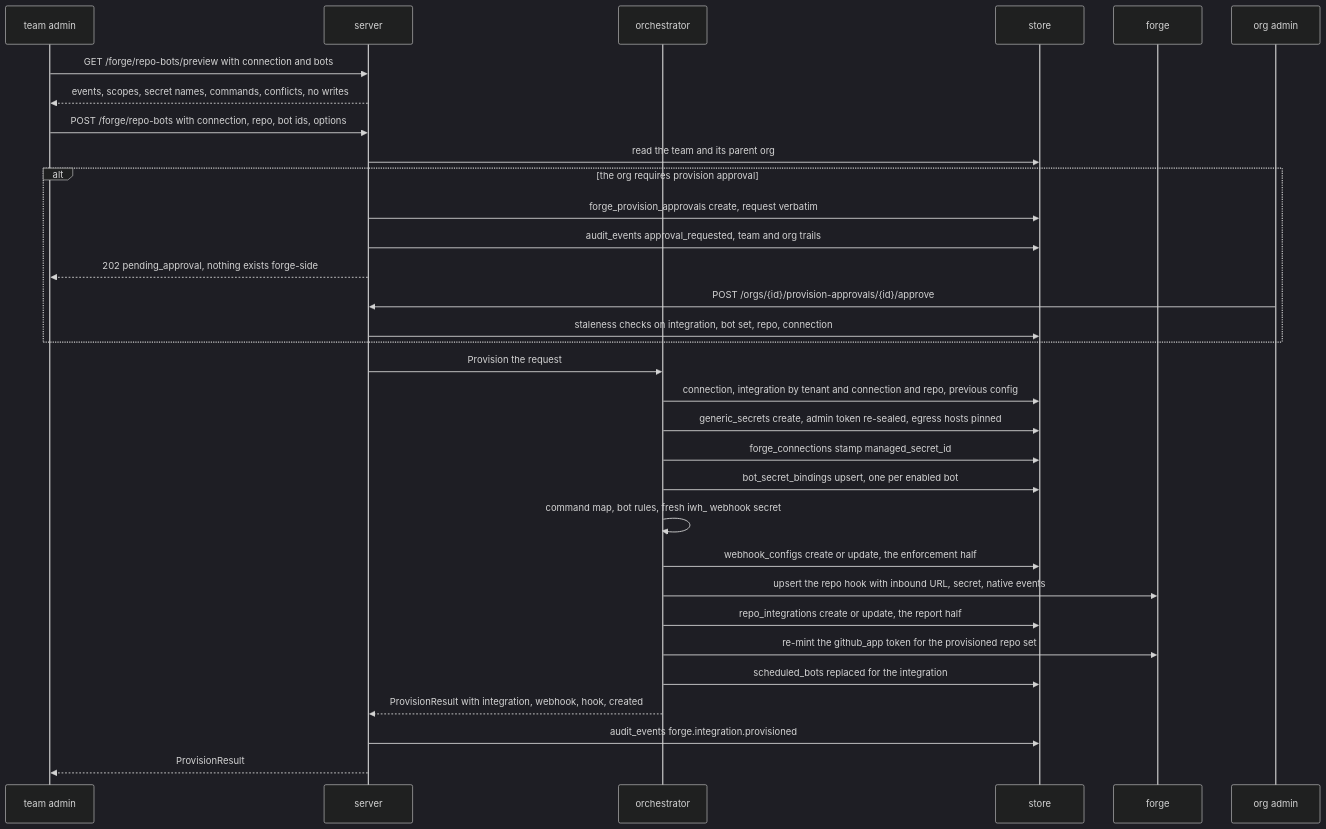
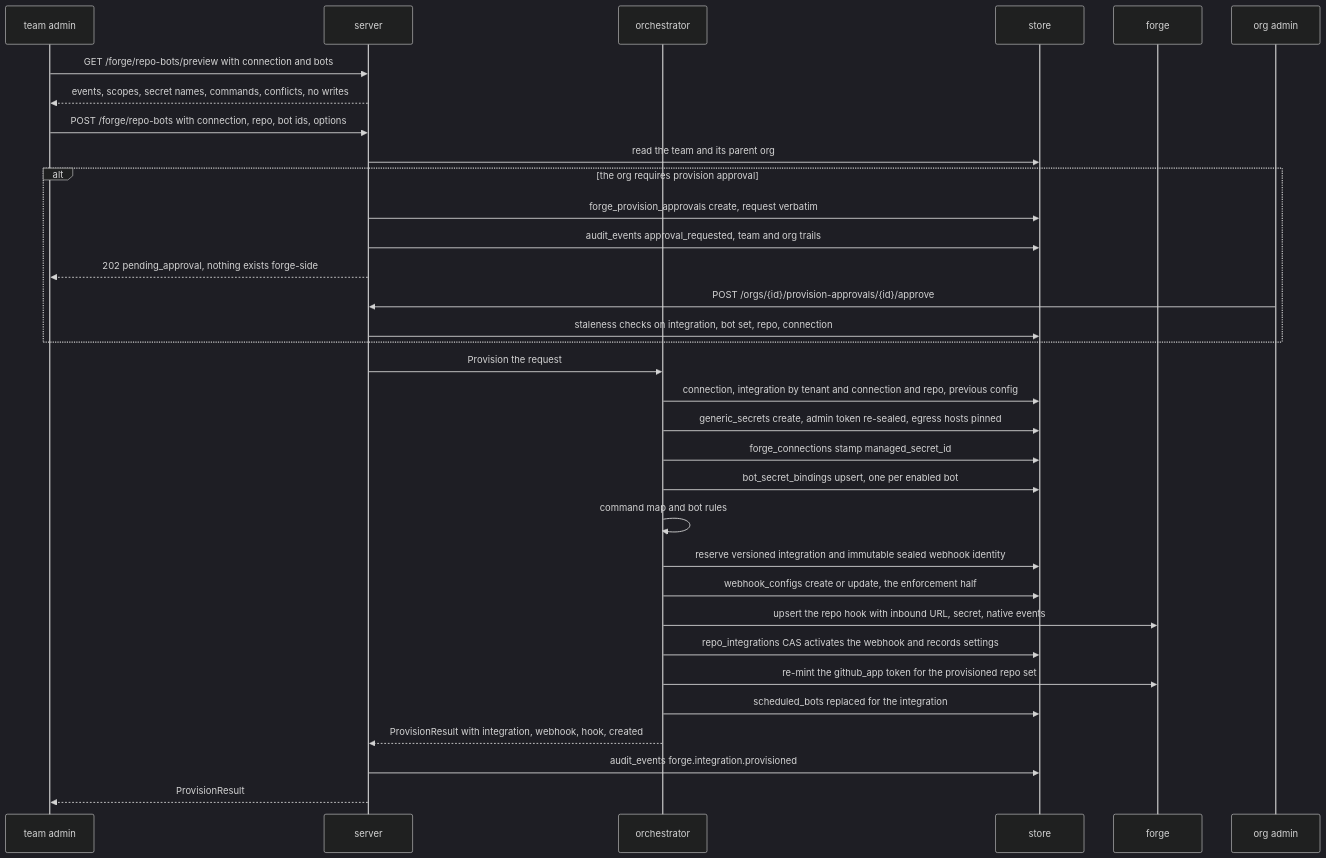
One commit to SocialGouv/iterion changed the second of 2 diagrams in docs/forge-integrations.md. Above: the diagram before and after it, drawn with Mermaid (dark theme). The commit also changed other lines of this file and 60 other files, not shown here.

````diff
--- a/docs/forge-integrations.md
+++ b/docs/forge-integrations.md
@@ -89,35 +89,36 @@
 ```mermaid
 sequenceDiagram
     participant U as team admin
     participant S as server
     participant O as orchestrator
     participant DB as store
     participant G as forge
     participant OA as org admin
 
     U->>S: GET /forge/repo-bots/preview with connection and bots
     S-->>U: events, scopes, secret names, commands, conflicts, no writes
     U->>S: POST /forge/repo-bots with connection, repo, bot ids, options
     S->>DB: read the team and its parent org
     alt the org requires provision approval
         S->>DB: forge_provision_approvals create, request verbatim
         S->>DB: audit_events approval_requested, team and org trails
         S-->>U: 202 pending_approval, nothing exists forge-side
         OA->>S: POST /orgs/{id}/provision-approvals/{id}/approve
         S->>DB: staleness checks on integration, bot set, repo, connection
     end
     S->>O: Provision the request
     O->>DB: connection, integration by tenant and connection and repo, previous config
     O->>DB: generic_secrets create, admin token re-sealed, egress hosts pinned
     O->>DB: forge_connections stamp managed_secret_id
     O->>DB: bot_secret_bindings upsert, one per enabled bot
-    O->>O: command map, bot rules, fresh iwh_ webhook secret
+    O->>O: command map and bot rules
+    O->>DB: reserve versioned integration and immutable sealed webhook identity
     O->>DB: webhook_configs create or update, the enforcement half
     O->>G: upsert the repo hook with inbound URL, secret, native events
-    O->>DB: repo_integrations create or update, the report half
+    O->>DB: repo_integrations CAS activates the webhook and records settings
     O->>G: re-mint the github_app token for the provisioned repo set
     O->>DB: scheduled_bots replaced for the integration
     O-->>S: ProvisionResult with integration, webhook, hook, created
     S->>DB: audit_events forge.integration.provisioned
     S-->>U: ProvisionResult
 ```
````
